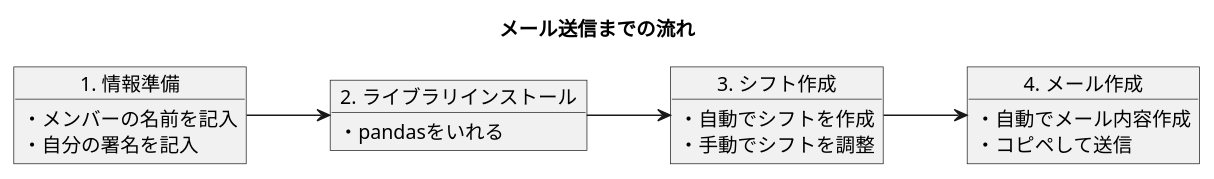
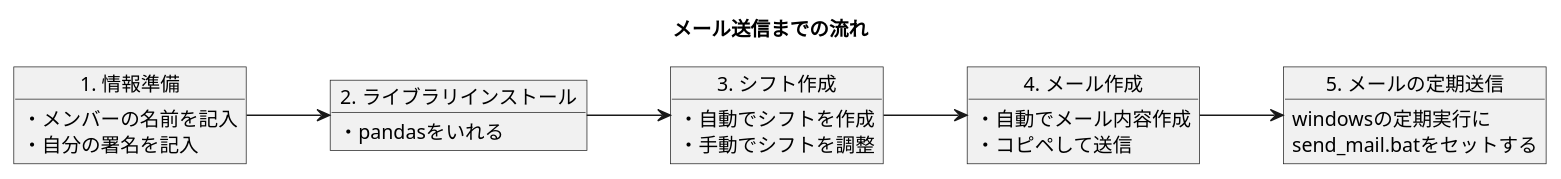
Before and after one commit to takaya-hirano-hayashibeLabo/CleaningSchedule: the diagram in uml/usage.pu, drawn with PlantUML. The commit also changed 6 other files, not shown here.

```diff
--- a/uml/usage.pu
+++ b/uml/usage.pu
@@ -1,24 +1,29 @@
 @startuml tool_usage
 left to right direction
 
 title メール送信までの流れ
 
 object "1. 情報準備" as P1
 P1 : ・メンバーの名前を記入
 P1 : ・自分の署名を記入
 
 object "2. ライブラリインストール" as P2
 P2 : ・pandasをいれる
 
 object "3. シフト作成" as P3
 P3 : ・自動でシフトを作成
 P3 : ・手動でシフトを調整
 
 object "4. メール作成" as P4
 P4 : ・自動でメール内容作成
 P4 : ・コピペして送信
 
+object "5. メールの定期送信" as P5
+P5 : windowsの定期実行に\nsend_mail.batをセットする
+
 P1 --> P2
 P2 --> P3
 P3 --> P4
+P4 --> P5
+
 @enduml
```
